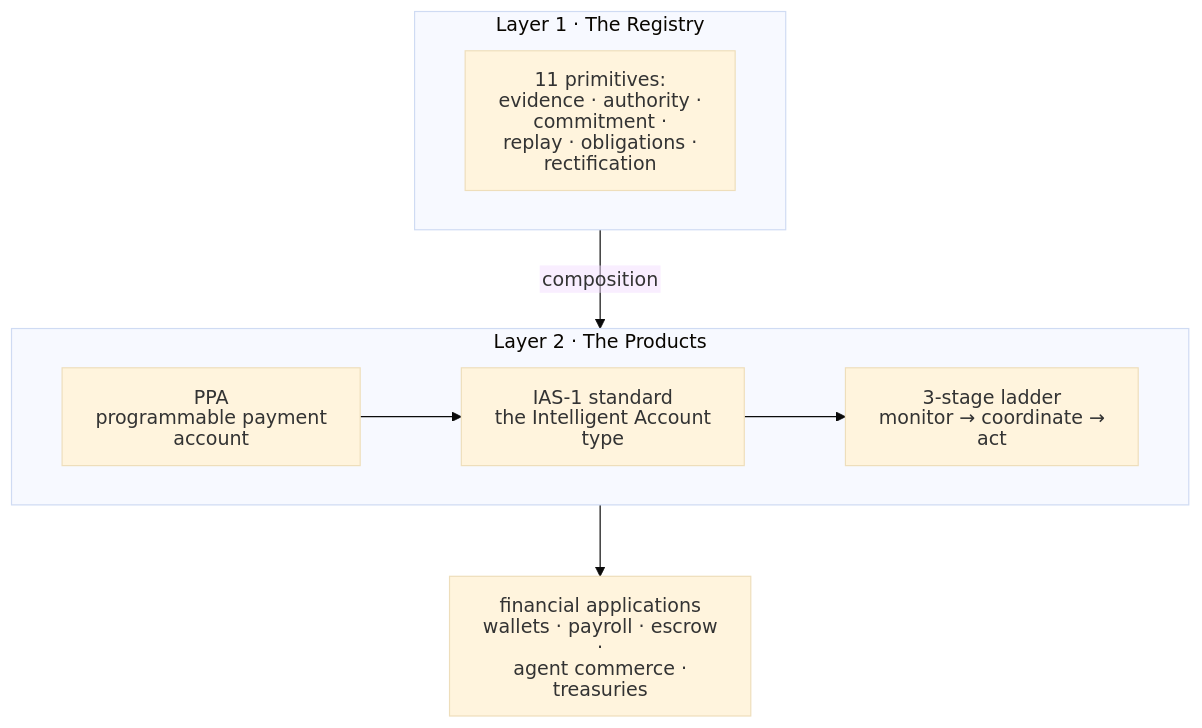
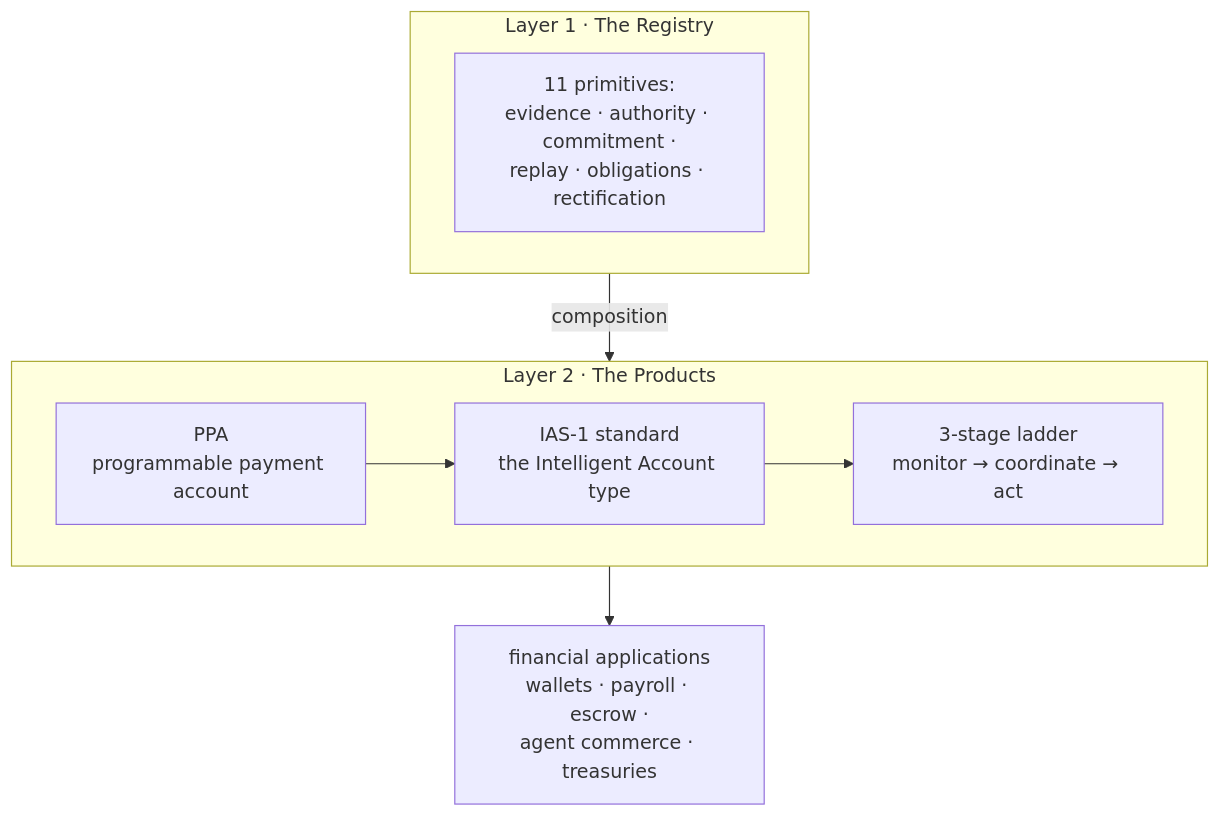
One commit to etvjay/Nomos changed the first of 2 diagrams in NOMOS_WHITEPAPER.md. Above: the diagram before and after it, drawn with Mermaid. The commit also changed other lines of this file and 2 other files, not shown here.

Commit message:
whitepapers: drop mermaid init directives — GitHub renderer rejects the config combo and falls back to raw text
Diagram syntax itself validated (renders via mermaid.ink). GitHub's
mermaid sandbox is stricter; default theme renders cleanly without the
directive.

````diff
--- a/NOMOS_WHITEPAPER.md
+++ b/NOMOS_WHITEPAPER.md
@@ -25,13 +25,12 @@
 ```mermaid
-%%{init: {"theme": "base", "securityLevel": "strict", "htmlLabels": false, "flowchart": {"htmlLabels": false, "curve": "basis", "nodeSpacing": 46, "rankSpacing": 60, "padding": 14}}}%%
 flowchart TB
     subgraph L1["Layer 1 · The Registry"]
         P["11 primitives:<br/>evidence · authority · commitment ·<br/>replay · obligations · rectification"]
     end
     subgraph L2["Layer 2 · The Products"]
         PPA["PPA<br/>programmable payment account"] --> IAS["IAS-1 standard<br/>the Intelligent Account type"]
         IAS --> LADDER["3-stage ladder<br/>monitor → coordinate → act"]
     end
     L1 -->|"composition"| L2
     L2 --> APPS["financial applications<br/>wallets · payroll · escrow ·<br/>agent commerce · treasuries"]
 ```
````
